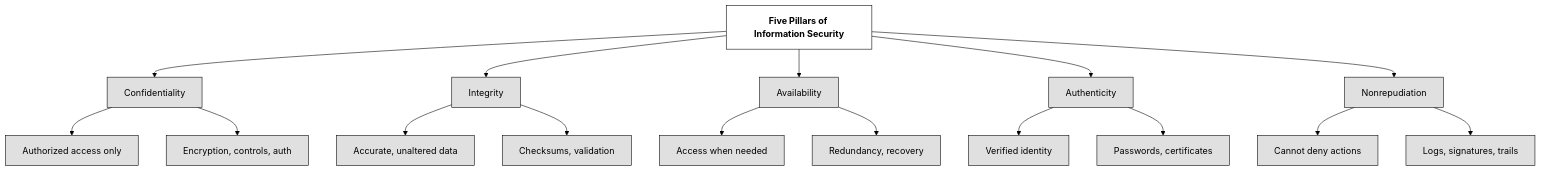
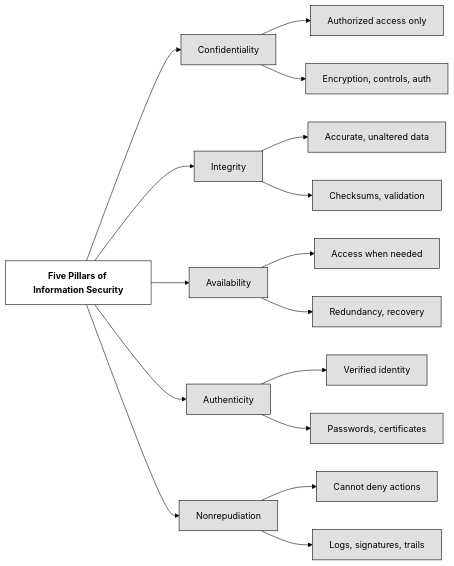
The diagram in DOMAIN1 - Security and Risk Management/1.2 Understand and apply security concepts.md (lorenzoleonelli/CISSP-Zero-to-Hero), drawn with Mermaid (forest theme) before and after one commit. The commit also changed other lines of this file and 1 other file, not shown here.

Commit message:
LL 2026-2-6:17:56:15

````diff
--- a/DOMAIN1 - Security and Risk Management/1.2 Understand and apply security concepts.md
+++ b/DOMAIN1 - Security and Risk Management/1.2 Understand and apply security concepts.md
@@ -10,30 +12,31 @@
 ```mermaid
-graph TD
+
+graph LR
     A[Five Pillars of Information Security]
 
     A --> C[Confidentiality]
     C --> C1[Authorized access only]
     C --> C2[Encryption, controls, auth]
 
     A --> I[Integrity]
     I --> I1[Accurate, unaltered data]
     I --> I2[Checksums, validation]
 
     A --> AV[Availability]
     AV --> AV1[Access when needed]
     AV --> AV2[Redundancy, recovery]
 
     A --> AU[Authenticity]
     AU --> AU1[Verified identity]
     AU --> AU2[Passwords, certificates]
 
     A --> N[Nonrepudiation]
     N --> N1[Cannot deny actions]
     N --> N2[Logs, signatures, trails]
 
     classDef center fill:#ffffff,color:#000000,stroke:#000000,stroke-width:1px,font-weight:bold
     classDef node fill:#e0e0e0,color:#000000,stroke:#000000,stroke-width:1px
     
     class A center
     class C,C1,C2,I,I1,I2,AV,AV1,AV2,AU,AU1,AU2,N,N1,N2 node
 ```
````
